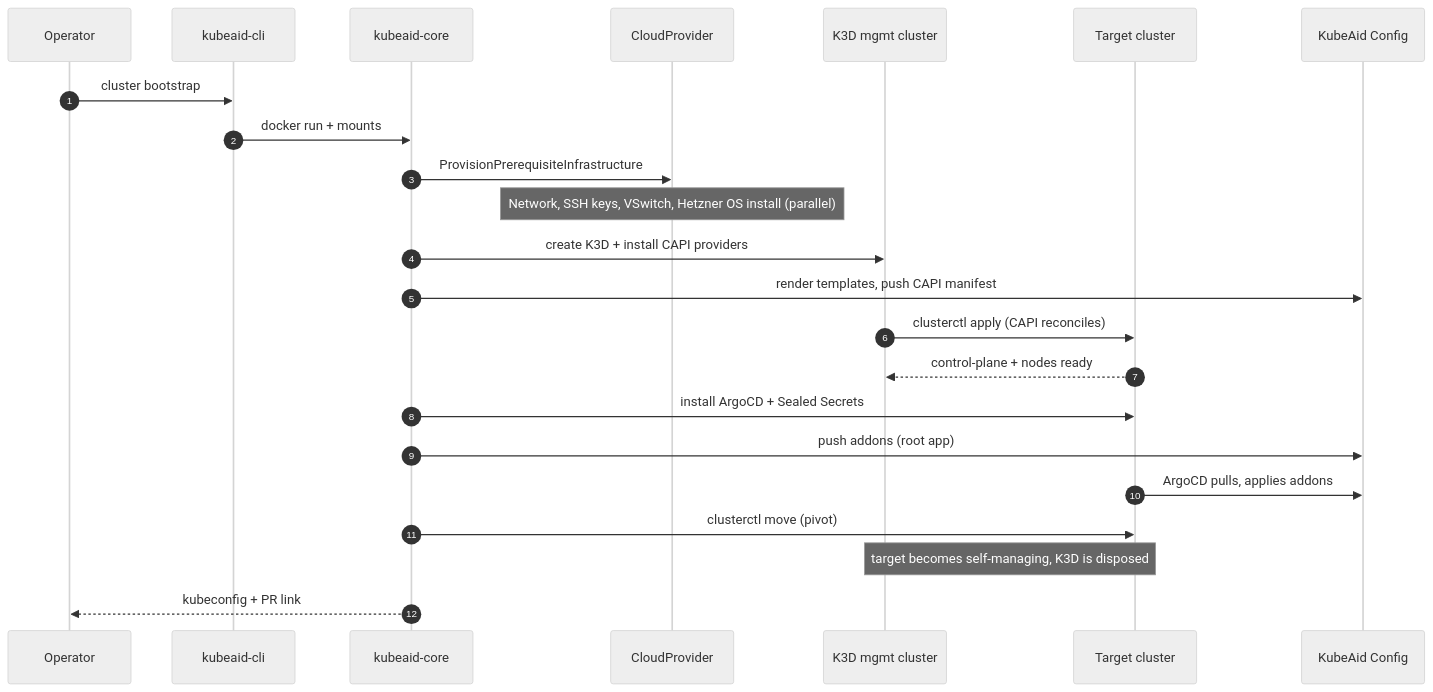
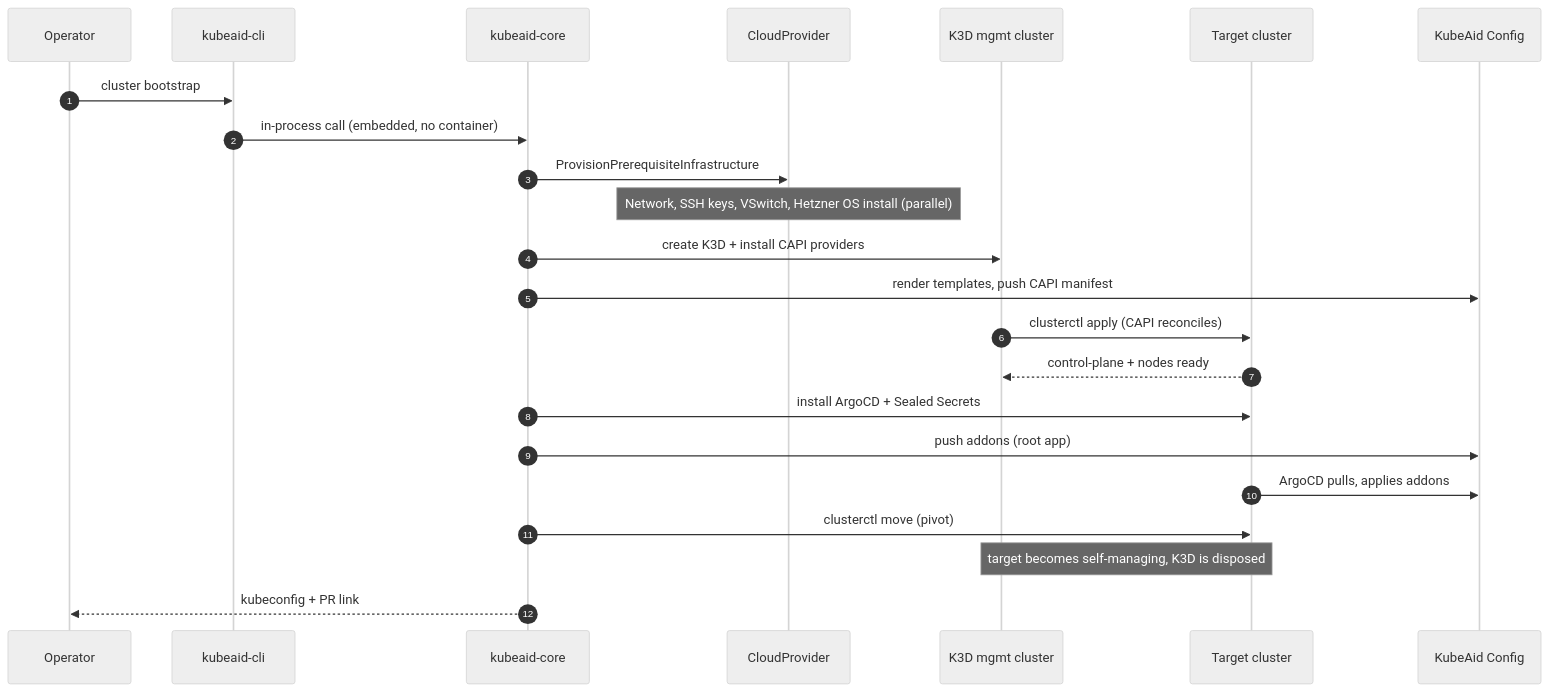
The second of 11 diagrams in docs/architecture.md (Obmondo/kubeaid-cli), drawn with Mermaid (neutral theme) before and after one commit. The commit also changed other lines of this file and 10 other files, not shown here.

First line of the commit message:
docs: fix architecture drift, regenerate config artifacts, guard generators in CI

````diff
--- a/docs/architecture.md
+++ b/docs/architecture.md
@@ -111,26 +113,26 @@
 ```mermaid
 sequenceDiagram
   autonumber
   participant Op as Operator
   participant Cli as kubeaid-cli
   participant Core as kubeaid-core
   participant CP as CloudProvider
   participant Mgmt as K3D mgmt cluster
   participant Tgt as Target cluster
   participant Git as KubeAid Config
 
   Op->>Cli: cluster bootstrap
-  Cli->>Core: docker run + mounts
+  Cli->>Core: in-process call (embedded, no container)
   Core->>CP: ProvisionPrerequisiteInfrastructure
   Note over CP: Network, SSH keys, VSwitch, Hetzner OS install (parallel)
   Core->>Mgmt: create K3D + install CAPI providers
   Core->>Git: render templates, push CAPI manifest
   Mgmt->>Tgt: clusterctl apply (CAPI reconciles)
   Tgt-->>Mgmt: control-plane + nodes ready
   Core->>Tgt: install ArgoCD + Sealed Secrets
   Core->>Git: push addons (root app)
   Tgt->>Git: ArgoCD pulls, applies addons
   Core->>Tgt: clusterctl move (pivot)
   Note over Mgmt,Tgt: target becomes self-managing, K3D is disposed
   Core-->>Op: kubeconfig + PR link
 ```
````
